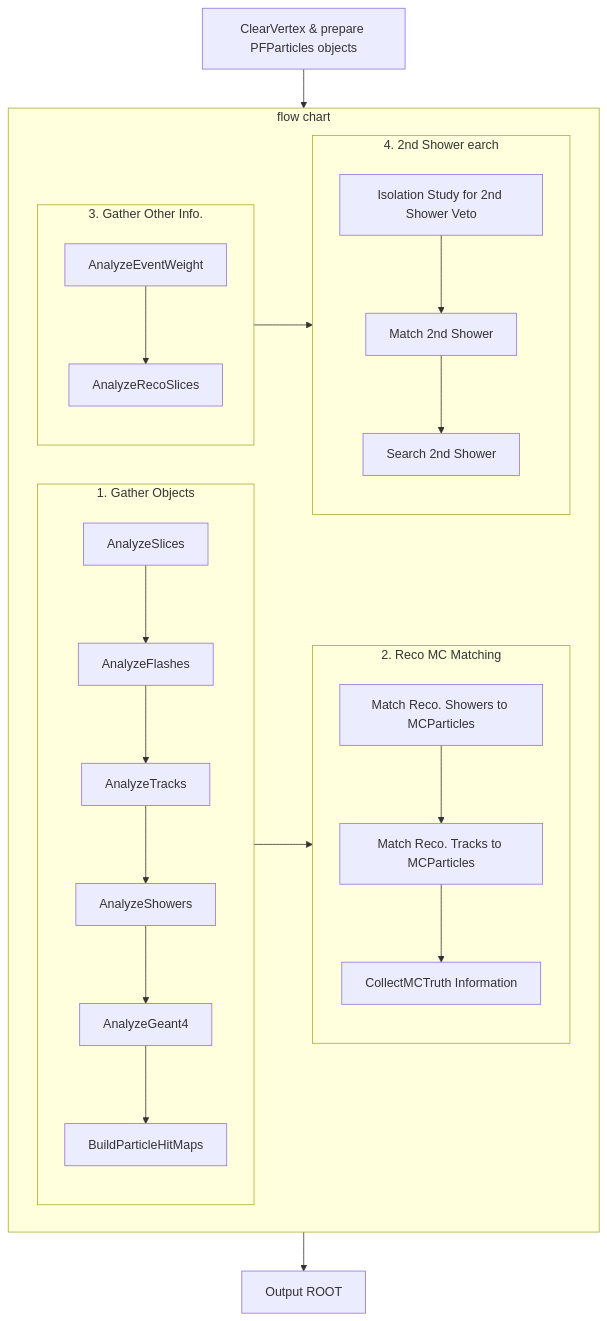
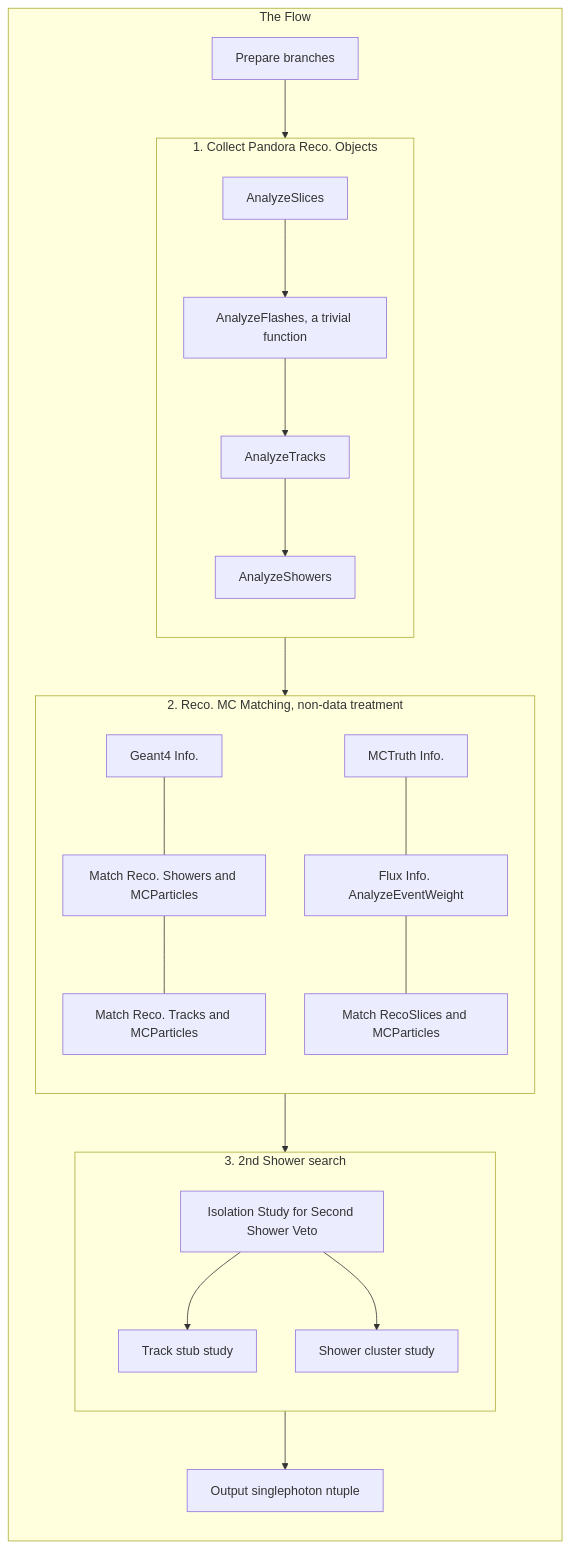
Before and after one commit to SBNSoftware/sbncode: the fourth of 5 diagrams in sbncode/SinglePhotonAnalysis/README.md, drawn with Mermaid. The commit also changed other lines of this file and 14 other files, not shown here.

````diff
--- a/sbncode/SinglePhotonAnalysis/README.md
+++ b/sbncode/SinglePhotonAnalysis/README.md
@@ -72,39 +95,36 @@
 ```mermaid
 flowchart TB
-A[ClearVertex & prepare PFParticles objects]-->AA;
-subgraph AA[1. Gather Objects]
+
+subgraph AA[1. Collect Pandora Reco. Objects]
 direction TB
 B[AnalyzeSlices]-->C;
-C[AnalyzeFlashes]-->D;
-D[AnalyzeTracks]-->E;
-E[AnalyzeShowers]-->F;
-F[AnalyzeGeant4]-->G;
-G[BuildParticleHitMaps];
+C[AnalyzeFlashes, a trivial function]-->D;
+D[AnalyzeTracks]-->E[AnalyzeShowers];
 end  
 
-subgraph BB[2. Reco MC Matching]
+subgraph BB[2. Reco. MC Matching, non-data treatment]
 direction TB
-H[Match Reco. Showers to MCParticles]-->I;
-I[Match Reco. Tracks to MCParticles]-->J;
-J[CollectMCTruth Information];
+F[Geant4 Info.]---H;
+H[Match Reco. Showers and MCParticles]---I;
+I[Match Reco. Tracks and MCParticles];
+J[MCTruth Info.]---K;
+K[Flux Info. AnalyzeEventWeight]---L;
+L[Match RecoSlices and MCParticles];
 end
 
-subgraph CC[3. Gather Other Info. ]
+subgraph DD[3. 2nd Shower search]
 direction TB
-K[AnalyzeEventWeight]-->L;
-L[AnalyzeRecoSlices];
+N[Track stub study]
+O[Shower cluster study]
+M[Isolation Study for Second Shower Veto]-->N;
+M-->O;
 end
 
-subgraph DD[4. 2nd Shower earch]
+subgraph THIS[The Flow]
 direction TB
-M[Isolation Study for 2nd Shower Veto]-->N;
-N[Match 2nd Shower]-->O[Search 2nd Shower];
+A[Prepare branches]-->AA;
+AA-->BB;
+BB-->DD;
+DD-->End[Output singlephoton ntuple];
 end
-
-subgraph THIS[flow chart]
-direction LR
-AA-->BB
-CC-->DD;
-end
-DD-->End[Output ROOT];
 ```
````
